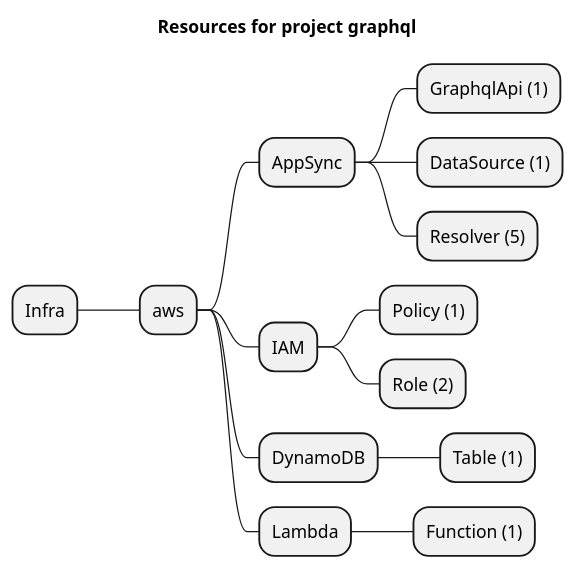
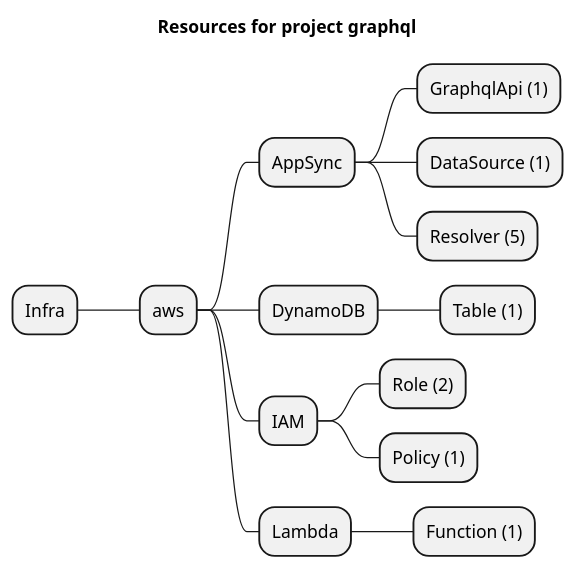
Before and after one commit to grucloud/grucloud: the diagram in examples/aws/appSync/graphql/artifacts/resources-mindmap.puml, drawn with PlantUML. The commit also changed other lines of this file and 135 other files, not shown here.

```diff
--- a/examples/aws/appSync/graphql/artifacts/resources-mindmap.puml
+++ b/examples/aws/appSync/graphql/artifacts/resources-mindmap.puml
@@ -1,17 +1,17 @@
 @startmindmap
 title Resources for project graphql
 skinparam monochrome true
 + Infra
 ++ aws
 +++ AppSync
 ++++ GraphqlApi (1)
 ++++ DataSource (1)
 ++++ Resolver (5)
-+++ IAM
-++++ Policy (1)
-++++ Role (2)
 +++ DynamoDB
 ++++ Table (1)
++++ IAM
+++++ Role (2)
+++++ Policy (1)
 +++ Lambda
 ++++ Function (1)
 @endmindmap
```
